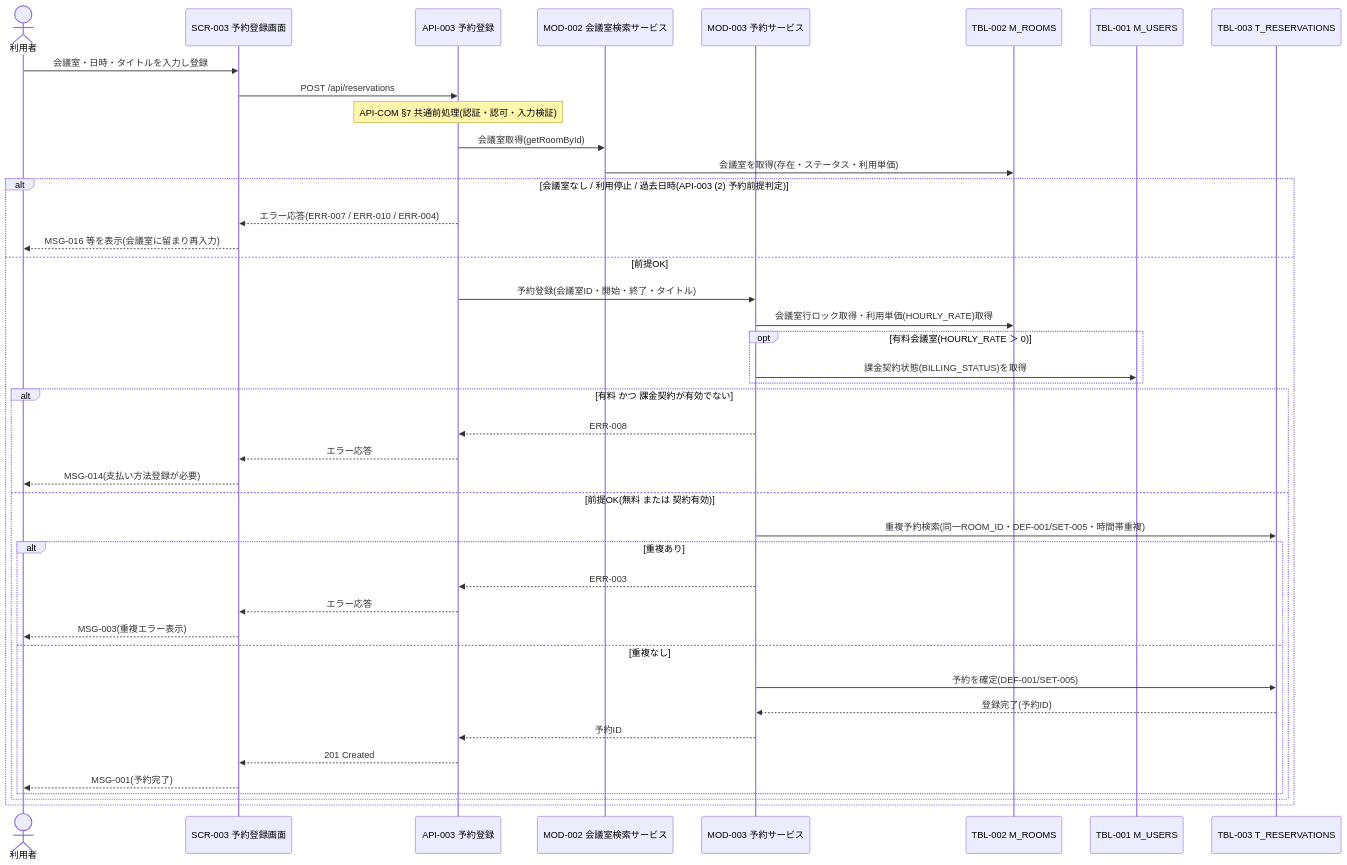
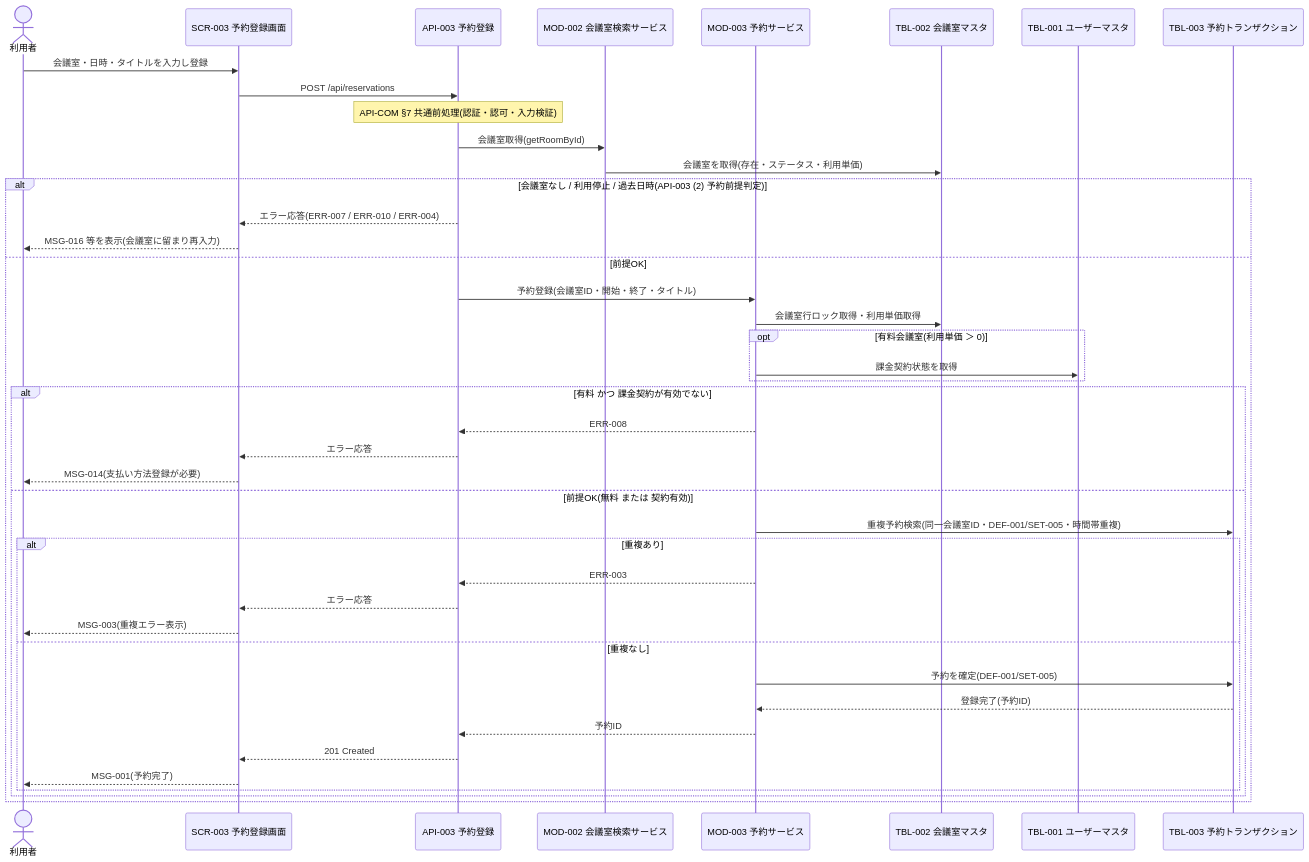
The diagram in docs/03_機能設計/08_シーケンス設計/SEQ-001_会議室予約登録シーケンス.md (sikakou54/system-document-template), drawn with Mermaid before and after one commit. The commit also changed other lines of this file and 38 other files, not shown here.

````diff
--- a/docs/03_機能設計/08_シーケンス設計/SEQ-001_会議室予約登録シーケンス.md
+++ b/docs/03_機能設計/08_シーケンス設計/SEQ-001_会議室予約登録シーケンス.md
@@ -26,45 +26,45 @@
 ```mermaid
 sequenceDiagram
     actor U as 利用者
     participant SCR as SCR-003 予約登録画面
     participant API as API-003 予約登録
     participant MOD2 as MOD-002 会議室検索サービス
     participant MOD as MOD-003 予約サービス
-    participant R as TBL-002 M_ROOMS
-    participant USR as TBL-001 M_USERS
-    participant RES as TBL-003 T_RESERVATIONS
+    participant R as TBL-002 会議室マスタ
+    participant USR as TBL-001 ユーザーマスタ
+    participant RES as TBL-003 予約トランザクション
 
     U->>SCR: 会議室・日時・タイトルを入力し登録
     SCR->>API: POST /api/reservations
     Note over API: API-COM §7 共通前処理(認証・認可・入力検証)
     API->>MOD2: 会議室取得(getRoomById)
     MOD2->>R: 会議室を取得(存在・ステータス・利用単価)
     alt 会議室なし / 利用停止 / 過去日時(API-003 (2) 予約前提判定)
         API-->>SCR: エラー応答(ERR-007 / ERR-010 / ERR-004)
         SCR-->>U: MSG-016 等を表示(会議室に留まり再入力)
     else 前提OK
         API->>MOD: 予約登録(会議室ID・開始・終了・タイトル)
-        MOD->>R: 会議室行ロック取得・利用単価(HOURLY_RATE)取得
-        opt 有料会議室(HOURLY_RATE ＞ 0)
-            MOD->>USR: 課金契約状態(BILLING_STATUS)を取得
+        MOD->>R: 会議室行ロック取得・利用単価取得
+        opt 有料会議室(利用単価 ＞ 0)
+            MOD->>USR: 課金契約状態を取得
         end
         alt 有料 かつ 課金契約が有効でない
             MOD-->>API: ERR-008
             API-->>SCR: エラー応答
             SCR-->>U: MSG-014(支払い方法登録が必要)
         else 前提OK(無料 または 契約有効)
-            MOD->>RES: 重複予約検索(同一ROOM_ID・DEF-001/SET-005・時間帯重複)
+            MOD->>RES: 重複予約検索(同一会議室ID・DEF-001/SET-005・時間帯重複)
             alt 重複あり
                 MOD-->>API: ERR-003
                 API-->>SCR: エラー応答
                 SCR-->>U: MSG-003(重複エラー表示)
             else 重複なし
                 MOD->>RES: 予約を確定(DEF-001/SET-005)
                 RES-->>MOD: 登録完了(予約ID)
                 MOD-->>API: 予約ID
                 API-->>SCR: 201 Created
                 SCR-->>U: MSG-001(予約完了)
             end
         end
     end
 ```
````
